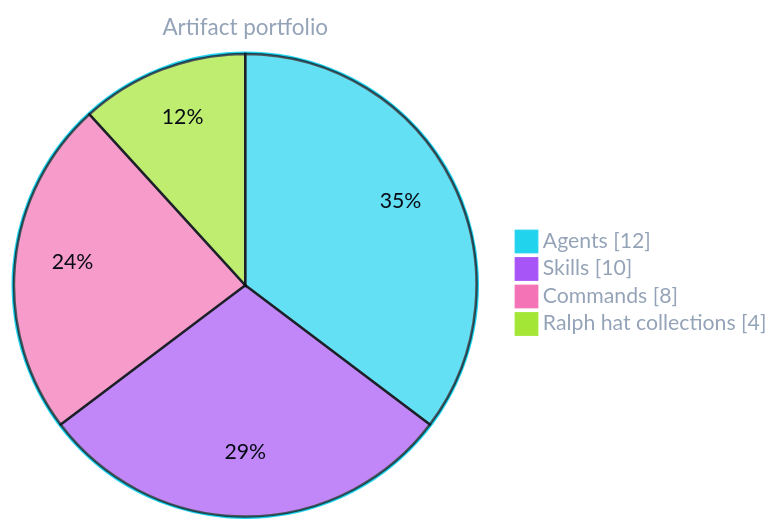
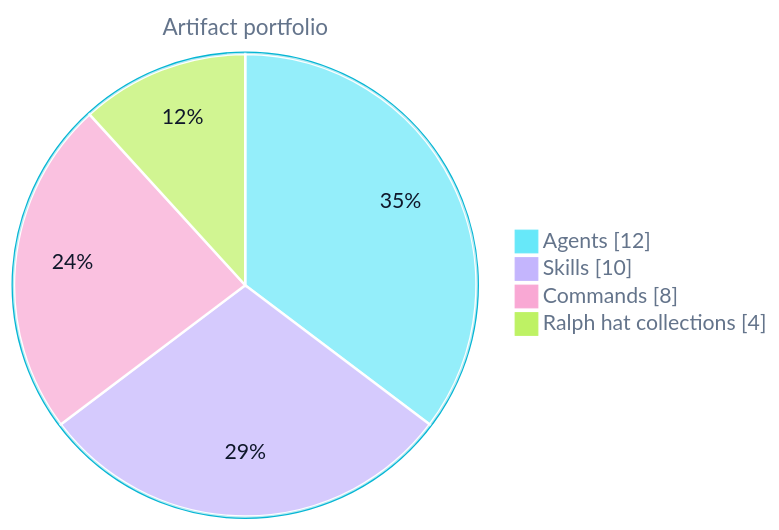
One commit to GabrielAlmeidaFlores/OPENCODE-TOOL-ENHANCER changed the second of 6 diagrams in README.md. Above: the diagram before and after it, drawn with Mermaid. The commit also changed other lines of this file and 4 other files, not shown here.

Commit message:
docs: switch Mermaid diagrams to a translucent glass-neon palette

````diff
--- a/README.md
+++ b/README.md
@@ -166,9 +166,9 @@
 ```mermaid
-%%{init: {"theme":"base","themeVariables":{"pie1":"#22D3EE","pie2":"#A855F7","pie3":"#F472B6","pie4":"#A3E635","pieTitleTextSize":"18px","pieTitleTextColor":"#94A3B8","pieSectionTextColor":"#070B14","pieStrokeColor":"#070B14","pieOuterStrokeColor":"#22D3EE","pieLegendTextColor":"#94A3B8"}}}%%
+%%{init: {"theme":"base","themeVariables":{"pie1":"#67E8F9","pie2":"#C4B5FD","pie3":"#F9A8D4","pie4":"#BEF264","pieTitleTextSize":"18px","pieTitleTextColor":"#64748B","pieSectionTextColor":"#0F172A","pieStrokeColor":"#FFFFFF","pieOuterStrokeColor":"#06B6D4","pieLegendTextColor":"#64748B"}}}%%
 pie showData
     title Artifact portfolio
     "Agents" : 12
     "Skills" : 10
     "Commands" : 8
     "Ralph hat collections" : 4
 ```
````
